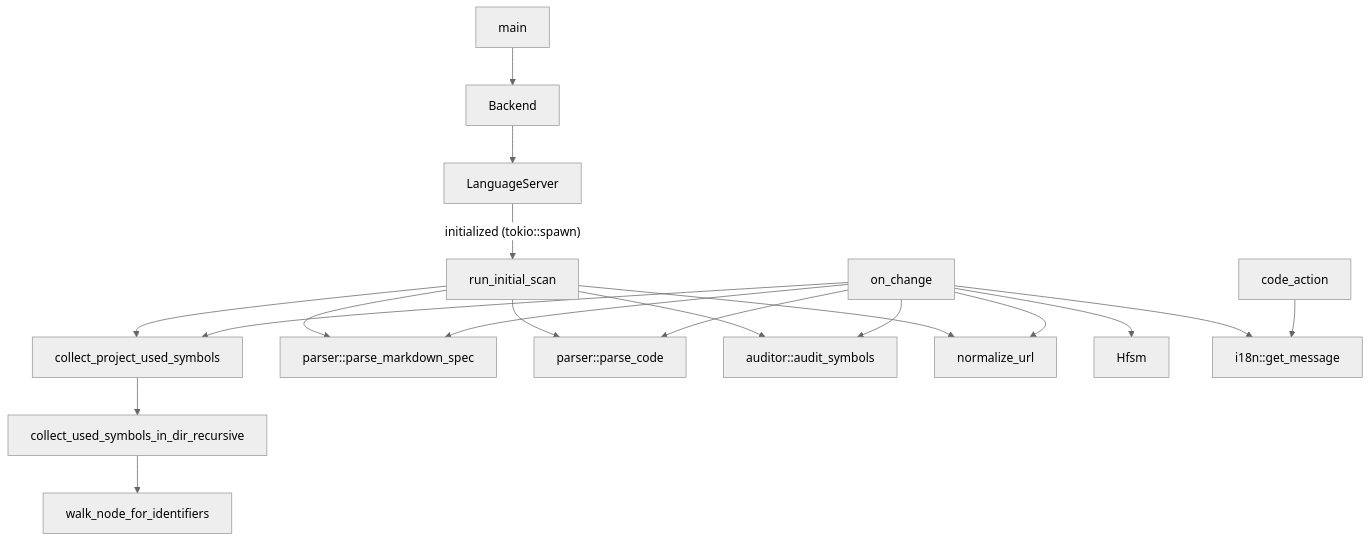
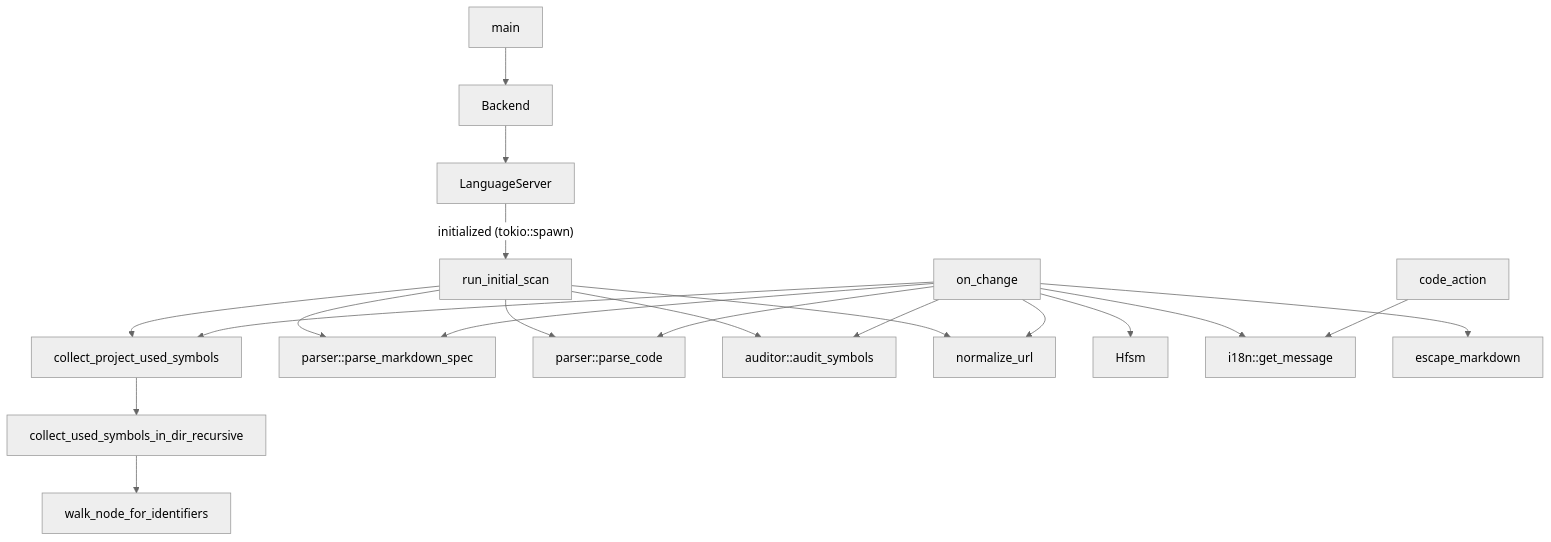
Before and after one commit to DovahkiinYuzuko/DocsAuditor: the diagram in docs/variables'n'functions/[Rust]main.md, drawn with Mermaid (neutral theme). The commit also changed other lines of this file and 10 other files, not shown here.

````diff
--- a/docs/variables'n'functions/[Rust]main.md
+++ b/docs/variables'n'functions/[Rust]main.md
@@ -98,21 +109,22 @@
 ```mermaid
 graph TD
     main --> Backend
     Backend --> LanguageServer
     LanguageServer -- initialized (tokio::spawn) --> run_initial_scan
     run_initial_scan --> collect_project_used_symbols
     run_initial_scan --> parser::parse_markdown_spec
     run_initial_scan --> parser::parse_code
     run_initial_scan --> auditor::audit_symbols
     run_initial_scan --> normalize_url
     on_change --> Hfsm
     on_change --> parser::parse_markdown_spec
     on_change --> parser::parse_code
     on_change --> collect_project_used_symbols
     on_change --> auditor::audit_symbols
     on_change --> i18n::get_message
     on_change --> normalize_url
+    on_change --> escape_markdown
     code_action --> i18n::get_message
     collect_project_used_symbols --> collect_used_symbols_in_dir_recursive
     collect_used_symbols_in_dir_recursive --> walk_node_for_identifiers
 ```
````
